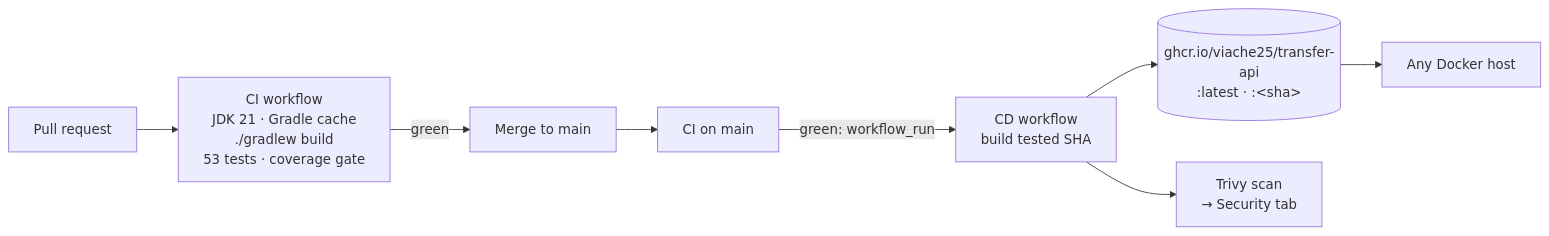
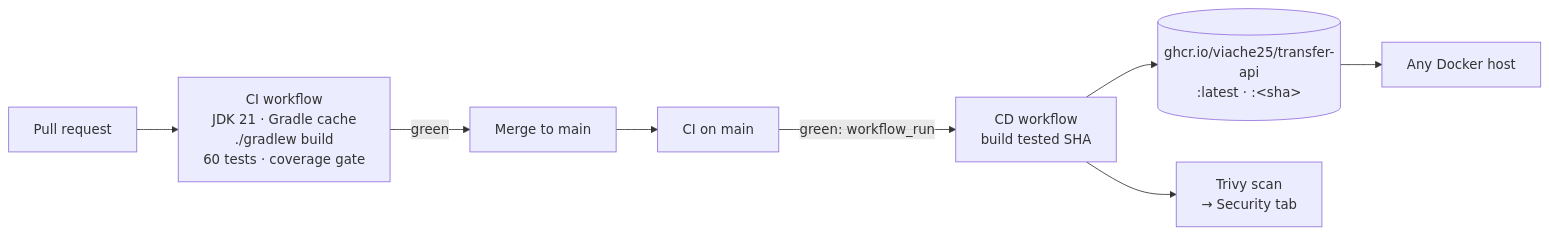
Before and after one commit to viache25/transfer-api: the third of 3 diagrams in README.md, drawn with Mermaid. The commit also changed other lines of this file and 7 other files, not shown here.

````diff
--- a/README.md
+++ b/README.md
@@ -330,10 +339,10 @@
 ```mermaid
 flowchart LR
-    PR[Pull request] --> CI["CI workflow<br/>JDK 21 · Gradle cache<br/>./gradlew build<br/>53 tests · coverage gate"]
+    PR[Pull request] --> CI["CI workflow<br/>JDK 21 · Gradle cache<br/>./gradlew build<br/>60 tests · coverage gate"]
     CI -->|green| M[Merge to main]
     M --> CI2["CI on main"]
     CI2 -->|green: workflow_run| CD["CD workflow<br/>build tested SHA"]
     CD --> R[("ghcr.io/viache25/transfer-api<br/>:latest · :&lt;sha&gt;")]
     CD --> T["Trivy scan<br/>→ Security tab"]
     R --> S[Any Docker host]
 ```
````
